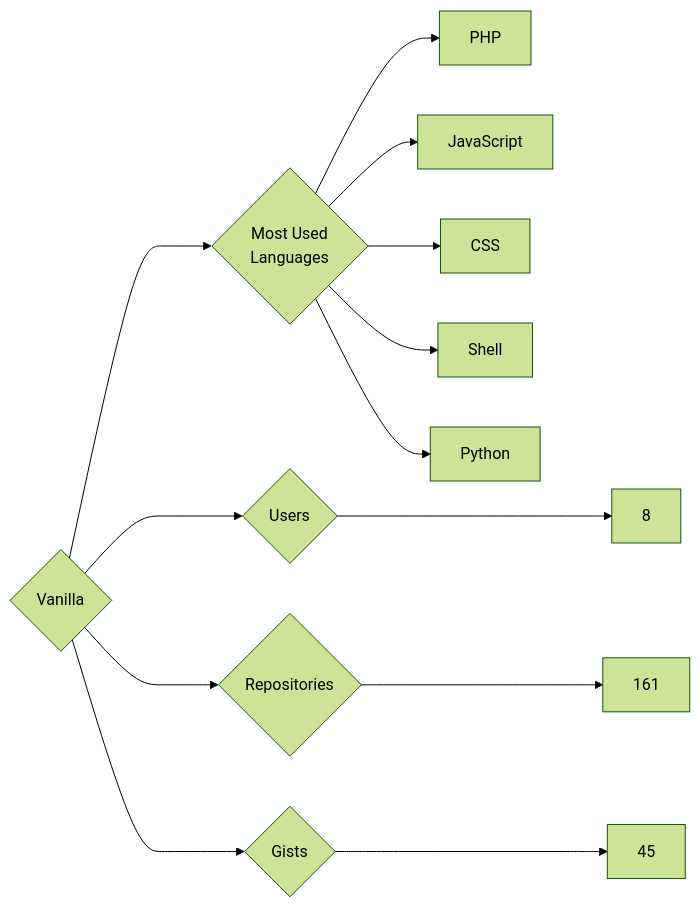
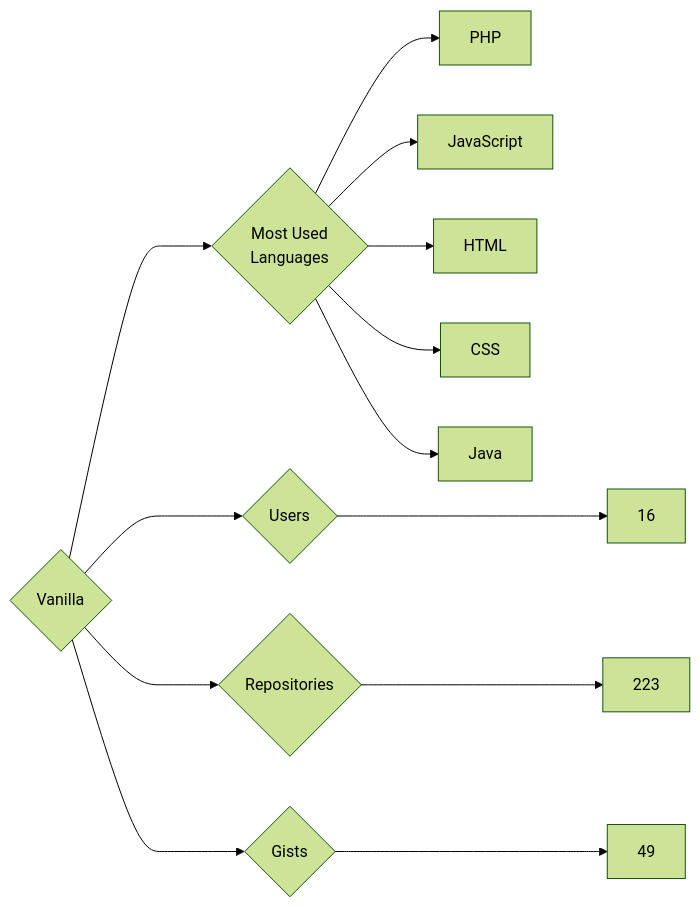
The diagram in targets/Vanilla/README.md (trickest/insiders), drawn with Mermaid (forest theme) before and after one commit. The commit also changed 995 other files, not shown here.

````diff
--- a/targets/Vanilla/README.md
+++ b/targets/Vanilla/README.md
@@ -3,13 +3,13 @@
 ```mermaid
 graph LR
 COMPANY_NAME{Vanilla}
-COMPANY_NAME ---> U{Users} ---> UN[8]
-COMPANY_NAME ---> R{Repositories} ---> RN[161]
-COMPANY_NAME ---> G{Gists} ---> GN[45]
+COMPANY_NAME ---> U{Users} ---> UN[16]
+COMPANY_NAME ---> R{Repositories} ---> RN[223]
+COMPANY_NAME ---> G{Gists} ---> GN[49]
 COMPANY_NAME ---> ML{Most Used<br>Languages}
 ML --> PHP[PHP]
 ML --> JavaScript[JavaScript]
+ML --> HTML[HTML]
 ML --> CSS[CSS]
-ML --> Shell[Shell]
-ML --> Python[Python]
+ML --> Java[Java]
 ```
````
